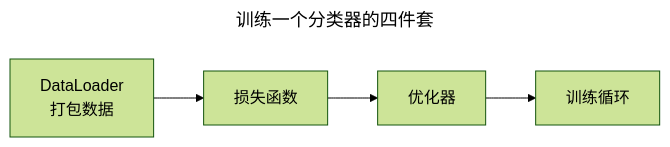
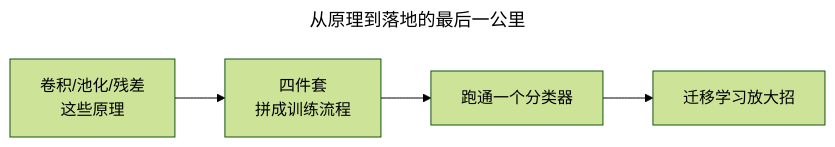
One commit to Joneyao/dl-from-scratch changed the first of 7 diagrams in docs/articles/14-cnn-practice.md. Above: the diagram before and after it, drawn with Mermaid (forest theme). The commit also changed other lines of this file and 20 other files, not shown here.

Commit message:
docs(dl): 22篇深度扩写（8层模板）+ mermaid修复

````diff
--- a/docs/articles/14-cnn-practice.md
+++ b/docs/articles/14-cnn-practice.md
@@ -16,9 +28,9 @@
 ```mermaid
 ---
-title: 训练一个分类器的四件套
+title: 从原理到落地的最后一公里
 ---
 flowchart LR
-    A[DataLoader<br/>打包数据] --> B[损失函数]
-    B --> C[优化器]
-    C --> D[训练循环]
+    A[卷积/池化/残差<br/>这些原理] --> B[四件套<br/>拼成训练流程]
+    B --> C[跑通一个分类器]
+    C --> D[迁移学习放大招]
 ```
````
